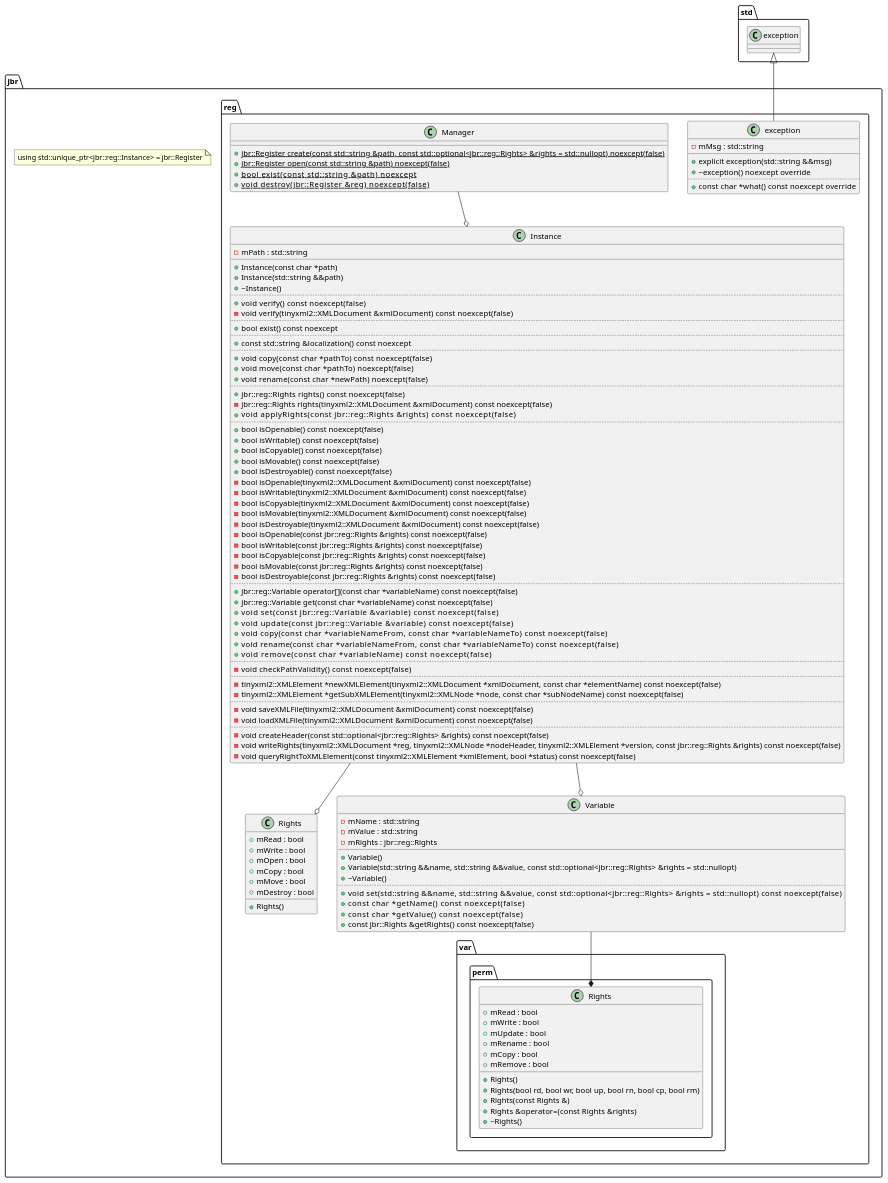
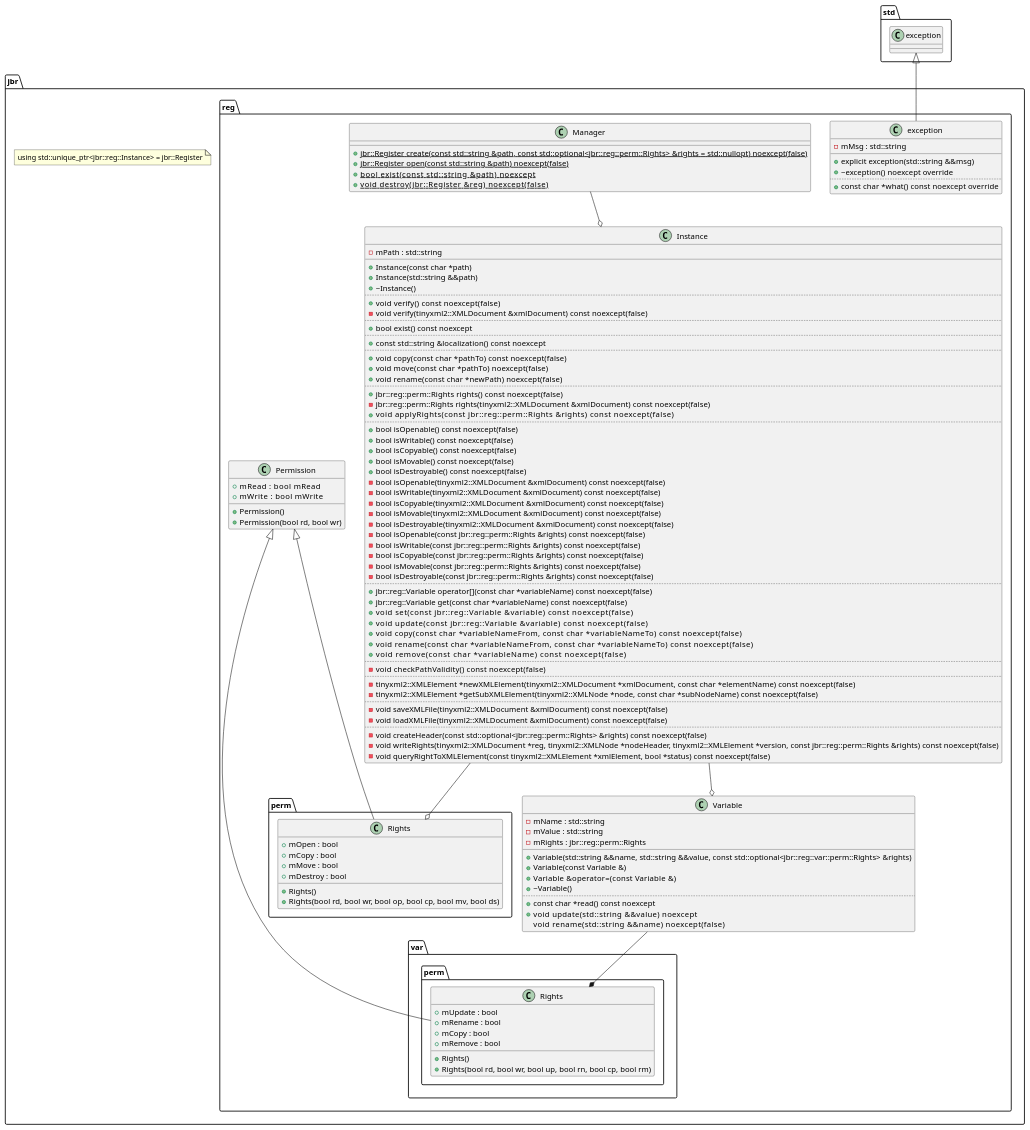
One commit to j-bruel/Register changed the diagram in uml/cRegister.puml. Above: the diagram before and after it, drawn with PlantUML. The commit also changed 1 other file, not shown here.

Commit message:
Update uml diagram

```diff
--- a/uml/cRegister.puml
+++ b/uml/cRegister.puml
@@ -1,149 +1,158 @@
 @startuml
 
 namespace std {
     class exception {
     }
 }
 
 namespace jbr {
 
     note "using std::unique_ptr<jbr::reg::Instance> = jbr::Register" as Register_Class_Name
 
     namespace reg {
 
         std.exception <|-- jbr.reg.exception
 
         class exception {
             -mMsg : std::string
             __
             +explicit exception(std::string &&msg)
             +~exception() noexcept override
             ..
             +const char  *what() const noexcept override
         }
 
         Manager --o	Instance
-        Instance --o Rights
         Instance --o Variable
 
         class   Manager {
-            +{static} jbr::Register create(const std::string &path, const std::optional<jbr::reg::Rights> &rights = std::nullopt) noexcept(false)
+            +{static} jbr::Register create(const std::string &path, const std::optional<jbr::reg::perm::Rights> &rights = std::nullopt) noexcept(false)
             +{static} jbr::Register open(const std::string &path) noexcept(false)
             +{static} bool          exist(const std::string &path) noexcept
             +{static} void          destroy(jbr::Register &reg) noexcept(false)
         }
 
         class Instance {
             -mPath : std::string
             __
             +Instance(const char *path)
             +Instance(std::string &&path)
             +~Instance()
             ..
             +void   verify() const noexcept(false)
             -void   verify(tinyxml2::XMLDocument &xmlDocument) const noexcept(false)
             ..
             +bool exist() const noexcept
             ..
             +const std::string  &localization() const noexcept
             ..
             +void   copy(const char *pathTo) const noexcept(false)
             +void   move(const char *pathTo) noexcept(false)
             +void   rename(const char *newPath) noexcept(false)
             ..
-            +jbr::reg::Rights   rights() const noexcept(false)
-            -jbr::reg::Rights   rights(tinyxml2::XMLDocument &xmlDocument) const noexcept(false)
-            +void               applyRights(const jbr::reg::Rights &rights) const noexcept(false)
+            +jbr::reg::perm::Rights   rights() const noexcept(false)
+            -jbr::reg::perm::Rights   rights(tinyxml2::XMLDocument &xmlDocument) const noexcept(false)
+            +void               applyRights(const jbr::reg::perm::Rights &rights) const noexcept(false)
             ..
             +bool isOpenable() const noexcept(false)
             +bool isWritable() const noexcept(false)
             +bool isCopyable() const noexcept(false)
             +bool isMovable() const noexcept(false)
             +bool isDestroyable() const noexcept(false)
             -bool isOpenable(tinyxml2::XMLDocument &xmlDocument) const noexcept(false)
             -bool isWritable(tinyxml2::XMLDocument &xmlDocument) const noexcept(false)
             -bool isCopyable(tinyxml2::XMLDocument &xmlDocument) const noexcept(false)
             -bool isMovable(tinyxml2::XMLDocument &xmlDocument) const noexcept(false)
             -bool isDestroyable(tinyxml2::XMLDocument &xmlDocument) const noexcept(false)
-            -bool isOpenable(const jbr::reg::Rights &rights) const noexcept(false)
-            -bool isWritable(const jbr::reg::Rights &rights) const noexcept(false)
-            -bool isCopyable(const jbr::reg::Rights &rights) const noexcept(false)
-            -bool isMovable(const jbr::reg::Rights &rights) const noexcept(false)
-            -bool isDestroyable(const jbr::reg::Rights &rights) const noexcept(false)
+            -bool isOpenable(const jbr::reg::perm::Rights &rights) const noexcept(false)
+            -bool isWritable(const jbr::reg::perm::Rights &rights) const noexcept(false)
+            -bool isCopyable(const jbr::reg::perm::Rights &rights) const noexcept(false)
+            -bool isMovable(const jbr::reg::perm::Rights &rights) const noexcept(false)
+            -bool isDestroyable(const jbr::reg::perm::Rights &rights) const noexcept(false)
             ..
             +jbr::reg::Variable operator[](const char *variableName) const noexcept(false)
             +jbr::reg::Variable get(const char *variableName) const noexcept(false)
             +void               set(const jbr::reg::Variable &variable) const noexcept(false)
             +void               update(const jbr::reg::Variable &variable) const noexcept(false)
             +void               copy(const char *variableNameFrom, const char *variableNameTo) const noexcept(false)
             +void               rename(const char *variableNameFrom, const char *variableNameTo) const noexcept(false)
             +void               remove(const char *variableName) const noexcept(false)
             ..
             -void    checkPathValidity() const noexcept(false)
             ..
             -tinyxml2::XMLElement   *newXMLElement(tinyxml2::XMLDocument *xmlDocument, const char *elementName) const noexcept(false)
             -tinyxml2::XMLElement   *getSubXMLElement(tinyxml2::XMLNode *node, const char *subNodeName) const noexcept(false)
             ..
             -void saveXMLFile(tinyxml2::XMLDocument &xmlDocument) const noexcept(false)
             -void loadXMLFile(tinyxml2::XMLDocument &xmlDocument) const noexcept(false)
             ..
-            -void createHeader(const std::optional<jbr::reg::Rights> &rights) const noexcept(false)
-            -void writeRights(tinyxml2::XMLDocument *reg, tinyxml2::XMLNode *nodeHeader, tinyxml2::XMLElement *version, const jbr::reg::Rights &rights) const noexcept(false)
+            -void createHeader(const std::optional<jbr::reg::perm::Rights> &rights) const noexcept(false)
+            -void writeRights(tinyxml2::XMLDocument *reg, tinyxml2::XMLNode *nodeHeader, tinyxml2::XMLElement *version, const jbr::reg::perm::Rights &rights) const noexcept(false)
             -void queryRightToXMLElement(const tinyxml2::XMLElement *xmlElement, bool *status) const noexcept(false)
         }
 
         class Variable {
             -mName : std::string
             -mValue : std::string
-            -mRights : jbr::reg::Rights
+            -mRights : jbr::reg::perm::Rights
             __
-            +Variable()
-            +Variable(std::string &&name, std::string &&value, const std::optional<jbr::reg::Rights> &rights = std::nullopt)
+            +Variable(std::string &&name, std::string &&value, const std::optional<jbr::reg::var::perm::Rights> &rights)
+            +Variable(const Variable &)
+            +Variable    &operator=(const Variable &)
             +~Variable()
             ..
-            +void               set(std::string &&name, std::string &&value, const std::optional<jbr::reg::Rights> &rights = std::nullopt) const noexcept(false)
-            +const char         *getName() const noexcept(false)
-            +const char         *getValue() const noexcept(false)
-            +const jbr::Rights  &getRights() const noexcept(false)
+            +const char *read() const noexcept
+            +void       update(std::string &&value) noexcept
+            void        rename(std::string &&name) noexcept(false)
         }
 
-        class Rights {
-            +mRead : bool
-            +mWrite : bool
-            +mOpen : bool
-            +mCopy : bool
-            +mMove : bool
-            +mDestroy : bool
+        class Permission {
+            +mRead : bool    mRead
+            +mWrite : bool    mWrite
             __
-            +Rights()
+            +Permission()
+            +Permission(bool rd, bool wr)
+        }
+
+        namespace perm {
+
+            jbr.reg.Instance --o Rights
+            jbr.reg.Permission <|-- Rights
+
+            class Rights {
+                +mOpen : bool
+                +mCopy : bool
+                +mMove : bool
+                +mDestroy : bool
+                __
+                +Rights()
+                +Rights(bool rd, bool wr, bool op, bool cp, bool mv, bool ds)
+            }
+
         }
 
         namespace var {
 
             namespace perm {
 
                 jbr.reg.Variable --* jbr.reg.var.perm.Rights
+                jbr.reg.Permission <|-- Rights
 
                 class Rights {
-                    +mRead : bool
-                    +mWrite : bool
                     +mUpdate : bool
                     +mRename : bool
                     +mCopy : bool
                     +mRemove : bool
                     __
                     +Rights()
                     +Rights(bool rd, bool wr, bool up, bool rn, bool cp, bool rm)
-                    +Rights(const Rights &)
-                    +Rights  &operator=(const Rights &rights)
-                    +~Rights()
                 }
 
             }
         }
 
     }
 
 }
 
 @enduml
```
